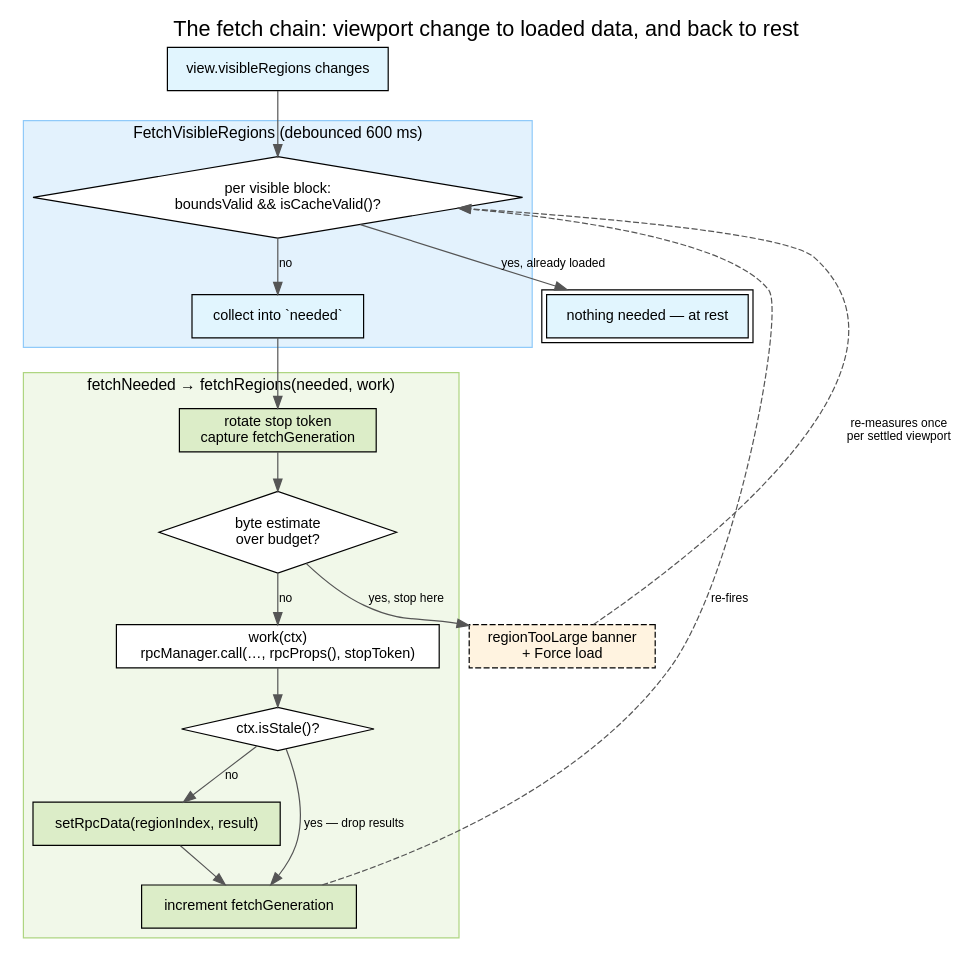
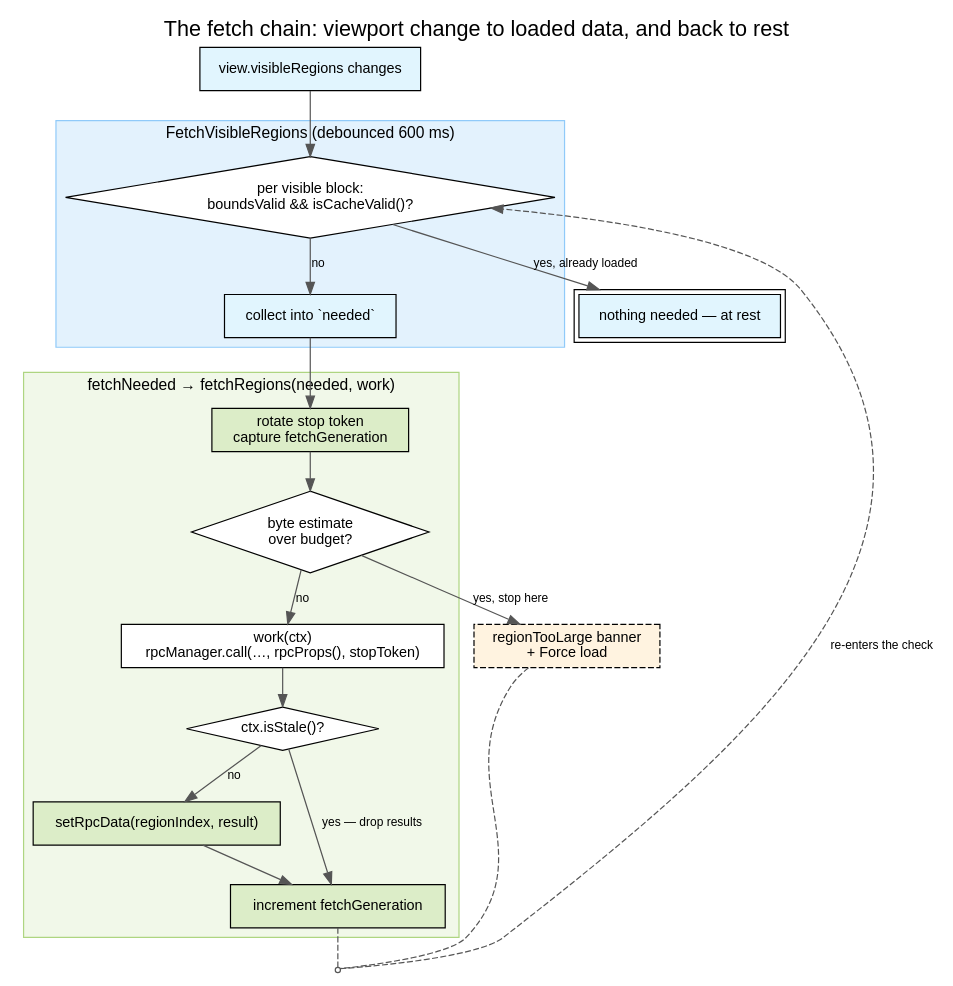
One commit to GMOD/jbrowse-components changed the diagram in website/diagrams/fetch_chain.dot. Above: the diagram before and after it, drawn with Graphviz. The commit also changed 6 other files, not shown here.

```diff
--- a/website/diagrams/fetch_chain.dot
+++ b/website/diagrams/fetch_chain.dot
@@ -1,79 +1,88 @@
 digraph fetch_chain {
   rankdir=TB
   labelloc=t
   fontname="Helvetica"
   fontsize=18
   label="The fetch chain: viewport change to loaded data, and back to rest"
   nodesep=0.35
   ranksep=0.45
 
   node [shape=box, fontname="Helvetica", fontsize=12, style=filled, fillcolor="#ffffff"]
   edge [fontname="Helvetica", fontsize=10, color="#555555"]
 
   viewport [label="view.visibleRegions changes", fillcolor="#e1f5fe"]
 
   // ── What the autorun decides ─────────────────────────────────────
   subgraph cluster_trigger {
     label="FetchVisibleRegions (debounced 600 ms)"
     labelloc=t
     fontname="Helvetica"
     fontsize=13
     style=filled
     fillcolor="#e3f2fd"
     color="#90caf9"
 
     check [
       shape=diamond
       label="per visible block:\nboundsValid && isCacheValid()?"
       fillcolor="#ffffff"
     ]
     needed [label="collect into `needed`", fillcolor="#e1f5fe"]
   }
 
   // ── What the display owns ────────────────────────────────────────
   subgraph cluster_fetch {
     label="fetchNeeded → fetchRegions(needed, work)"
     labelloc=t
     fontname="Helvetica"
     fontsize=13
     style=filled
     fillcolor="#f1f8e9"
     color="#aed581"
 
     rotate [label="rotate stop token\ncapture fetchGeneration", fillcolor="#dcedc8"]
     bytes [shape=diamond, label="byte estimate\nover budget?", fillcolor="#ffffff"]
     work [label="work(ctx)\nrpcManager.call(…, rpcProps(), stopToken)"]
     stale [shape=diamond, label="ctx.isStale()?", fillcolor="#ffffff"]
     commit [label="setRpcData(regionIndex, result)", fillcolor="#dcedc8"]
     bump [label="increment fetchGeneration", fillcolor="#dcedc8"]
   }
 
   toolarge [
     label="regionTooLarge banner\n+ Force load"
     style="filled,dashed"
     fillcolor="#fff3e0"
   ]
   done [label="nothing needed — at rest", peripheries=2, fillcolor="#e1f5fe"]
 
   viewport -> check
   check -> done [label="yes, already loaded"]
   check -> needed [label="no"]
   needed -> rotate
   rotate -> bytes
   bytes -> toolarge [label="yes, stop here"]
   bytes -> work [label="no"]
   work -> stale
   stale -> commit [label="no"]
   stale -> bump [label="yes — drop results"]
   commit -> bump
 
-  // Both feedback edges are constraint=false: they close the loop but must not
-  // pull their targets back up a rank, which is what left the entry node
-  // stranded mid-graph and crossed every edge around it.
-  bump -> check [label="re-fires", style=dashed, constraint=false]
-  toolarge -> check [
-    label="re-measures once\nper settled viewport"
-    style=dashed
-    constraint=false
-  ]
+  // Both loose ends re-enter the same debounced check, so they meet at a
+  // junction and travel back as ONE edge. Drawn as two they were two long
+  // dashed sweeps up the whole right side, which is most of what a reader sees
+  // before they see the chain — and both said the same thing anyway. What
+  // differs is only what re-fires the autorun (a fetchGeneration bump, or the
+  // next settled viewport), and the caption is where that belongs.
+  reenter [shape=point, width=0.06, color="#555555"]
+  // The junction's rank comes from this one edge keeping its constraint, which
+  // puts it just below the last node of the chain. `{ rank=same; bump; reenter }`
+  // is the obvious alternative and is wrong: a rankset EJECTS its members from
+  // their cluster ("bump was already in a rankset, deleted from cluster"), which
+  // drops `increment fetchGeneration` out of the green box it belongs to.
+  bump -> reenter [style=dashed, arrowhead=none]
+  // The other two are constraint=false: they close the loop but must not pull
+  // their targets back up a rank, which is what left the entry node stranded
+  // mid-graph and crossed every edge around it.
+  toolarge -> reenter [style=dashed, constraint=false, arrowhead=none]
+  reenter -> check [label="re-enters the check", style=dashed, constraint=false]
 }
```
